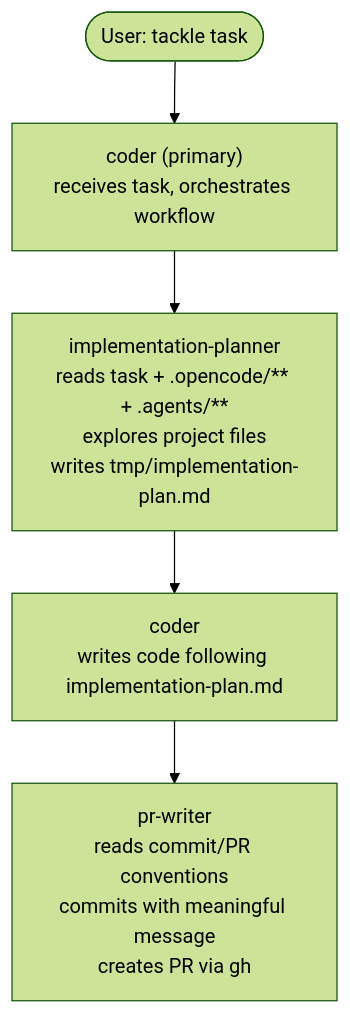
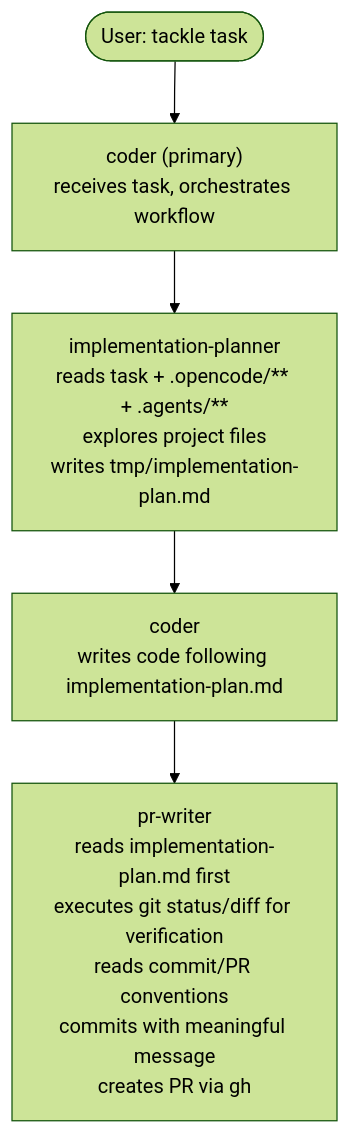
Before and after one commit to iapicca/opencode_assets: the second of 2 diagrams in .agents/project-summary.md, drawn with Mermaid (forest theme). The commit also changed other lines of this file and 9 other files, not shown here.

````diff
--- a/.agents/project-summary.md
+++ b/.agents/project-summary.md
@@ -80,10 +80,10 @@
 ```mermaid
 flowchart TD
     U([User: tackle task <issue>])
     C["coder (primary)\nreceives task, orchestrates workflow"]
     IP["implementation-planner\nreads task + .opencode/** + .agents/**\nexplores project files\nwrites tmp/implementation-plan.md"]
     C2["coder\nwrites code following implementation-plan.md"]
-    PR["pr-writer\nreads commit/PR conventions\ncommits with meaningful message\ncreates PR via gh"]
+    PR["pr-writer\nreads implementation-plan.md first\nexecutes git status/diff for verification\nreads commit/PR conventions\ncommits with meaningful message\ncreates PR via gh"]
 
     U --> C --> IP --> C2 --> PR
 ```
````
